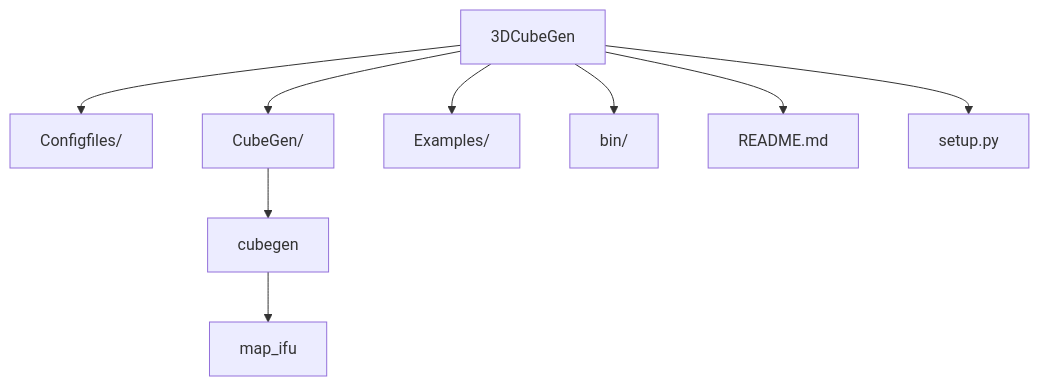
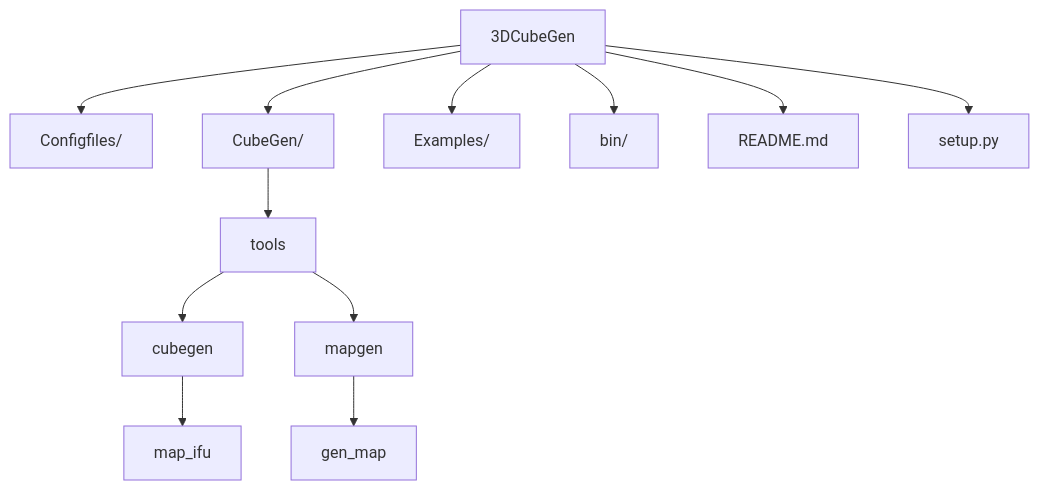
The diagram in README.md (hjibarram/3DCubeGen), drawn with Mermaid before and after one commit.

````diff
--- a/README.md
+++ b/README.md
@@ -3,11 +3,14 @@
 ```mermaid
 graph TD
     A[3DCubeGen] --> B[Configfiles/]
     A --> C[CubeGen/]
     A --> D[Examples/]
     A --> E[bin/]
     A --> F[README.md]
     A --> G[setup.py]
-    C --> C1[cubegen]
-    C1 --> C2[map_ifu]
+    C --> C1[tools]
+    C1 --> C2[cubegen]
+    C1 --> C3[mapgen]
+    C2 --> C4[map_ifu]
+    C3 --> C5[gen_map]
 ```
````
